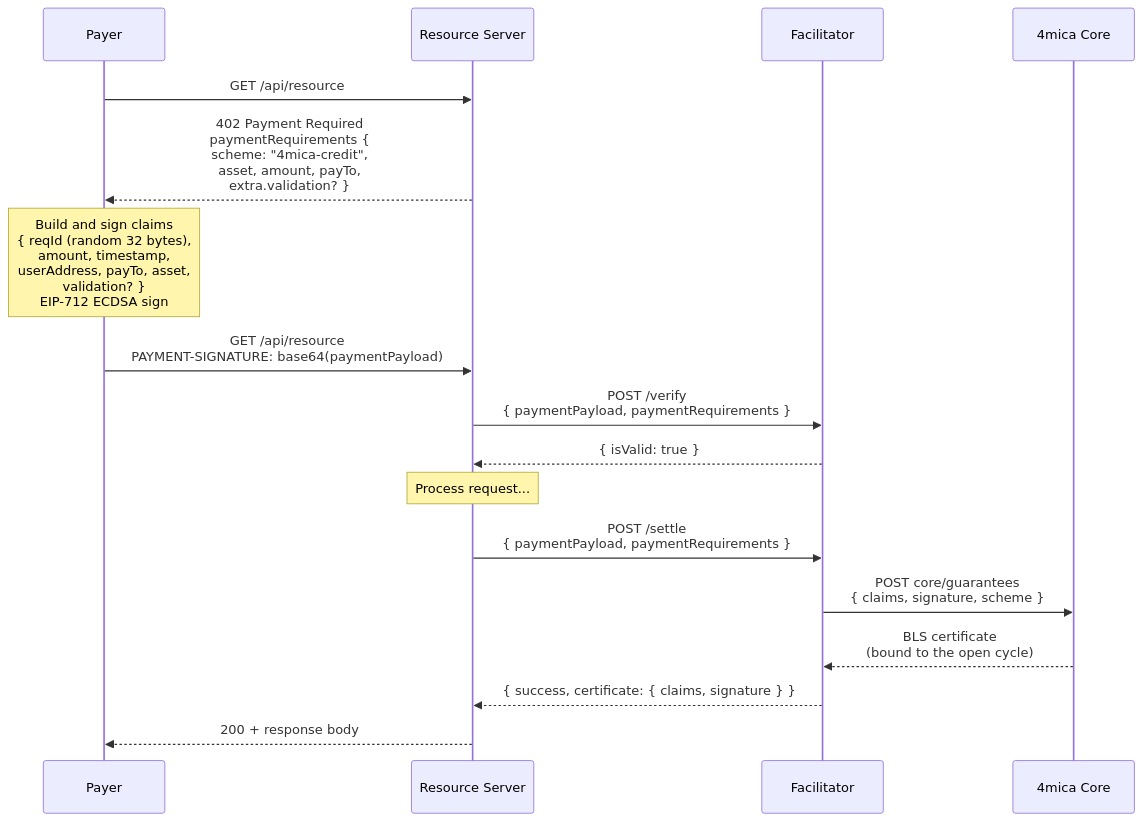
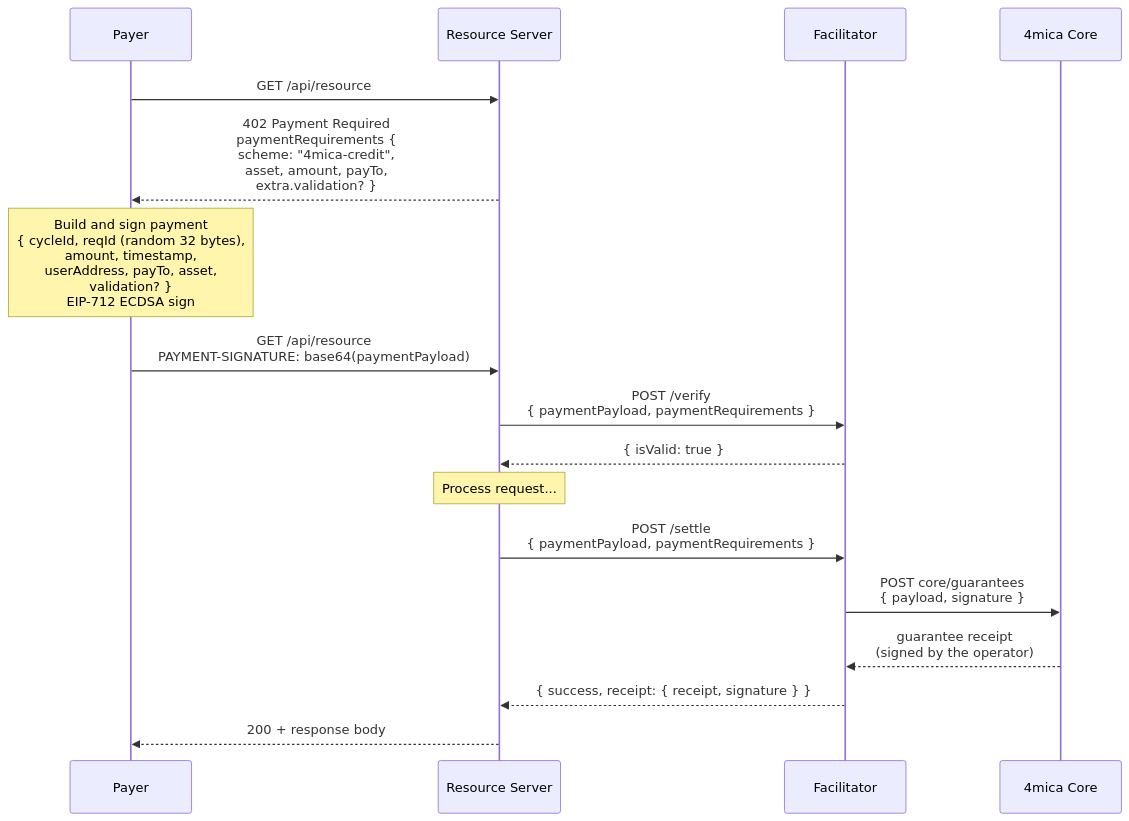
Before and after one commit to 4mica-Network/4mica: the first of 2 diagrams in apps/facilitator/README.md, drawn with Mermaid. The commit also changed other lines of this file and 430 other files, not shown here.

````diff
--- a/apps/facilitator/README.md
+++ b/apps/facilitator/README.md
@@ -560,24 +604,24 @@
 ```mermaid
 sequenceDiagram
     participant P as Payer
     participant R as Resource Server
     participant F as Facilitator
     participant C as 4mica Core
 
     P->>R: GET /api/resource
     R-->>P: 402 Payment Required<br/>paymentRequirements {<br/>  scheme: "4mica-credit",<br/>  asset, amount, payTo,<br/>  extra.validation? }
 
-    Note over P: Build and sign claims<br/>{ reqId (random 32 bytes),<br/>  amount, timestamp,<br/>  userAddress, payTo, asset,<br/>  validation? }<br/>EIP-712 ECDSA sign
+    Note over P: Build and sign payment<br/>{ cycleId, reqId (random 32 bytes),<br/>  amount, timestamp,<br/>  userAddress, payTo, asset,<br/>  validation? }<br/>EIP-712 ECDSA sign
 
     P->>R: GET /api/resource<br/>PAYMENT-SIGNATURE: base64(paymentPayload)
     R->>F: POST /verify<br/>{ paymentPayload, paymentRequirements }
     F-->>R: { isValid: true }
 
     Note over R: Process request...
 
     R->>F: POST /settle<br/>{ paymentPayload, paymentRequirements }
-    F->>C: POST core/guarantees<br/>{ claims, signature, scheme }
-    C-->>F: BLS certificate<br/>(bound to the open cycle)
-    F-->>R: { success, certificate: { claims, signature } }
+    F->>C: POST core/guarantees<br/>{ payload, signature }
+    C-->>F: guarantee receipt<br/>(signed by the operator)
+    F-->>R: { success, receipt: { receipt, signature } }
     R-->>P: 200 + response body
 ```
````
